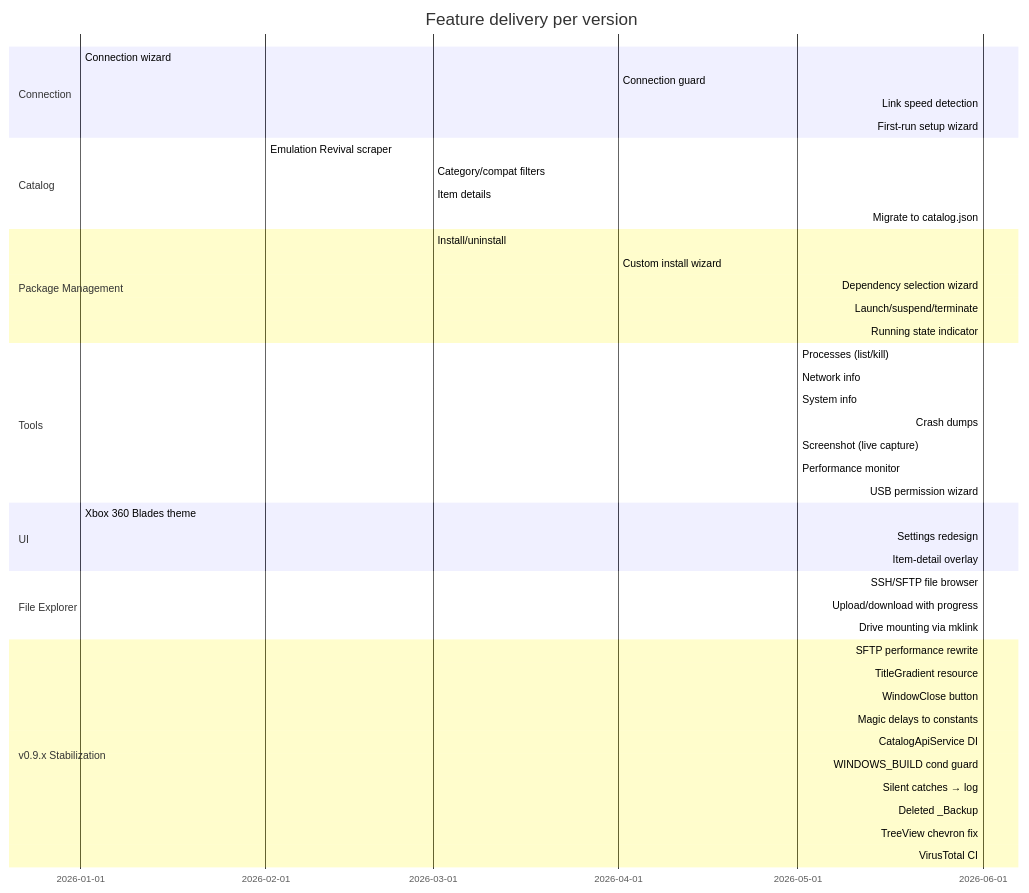
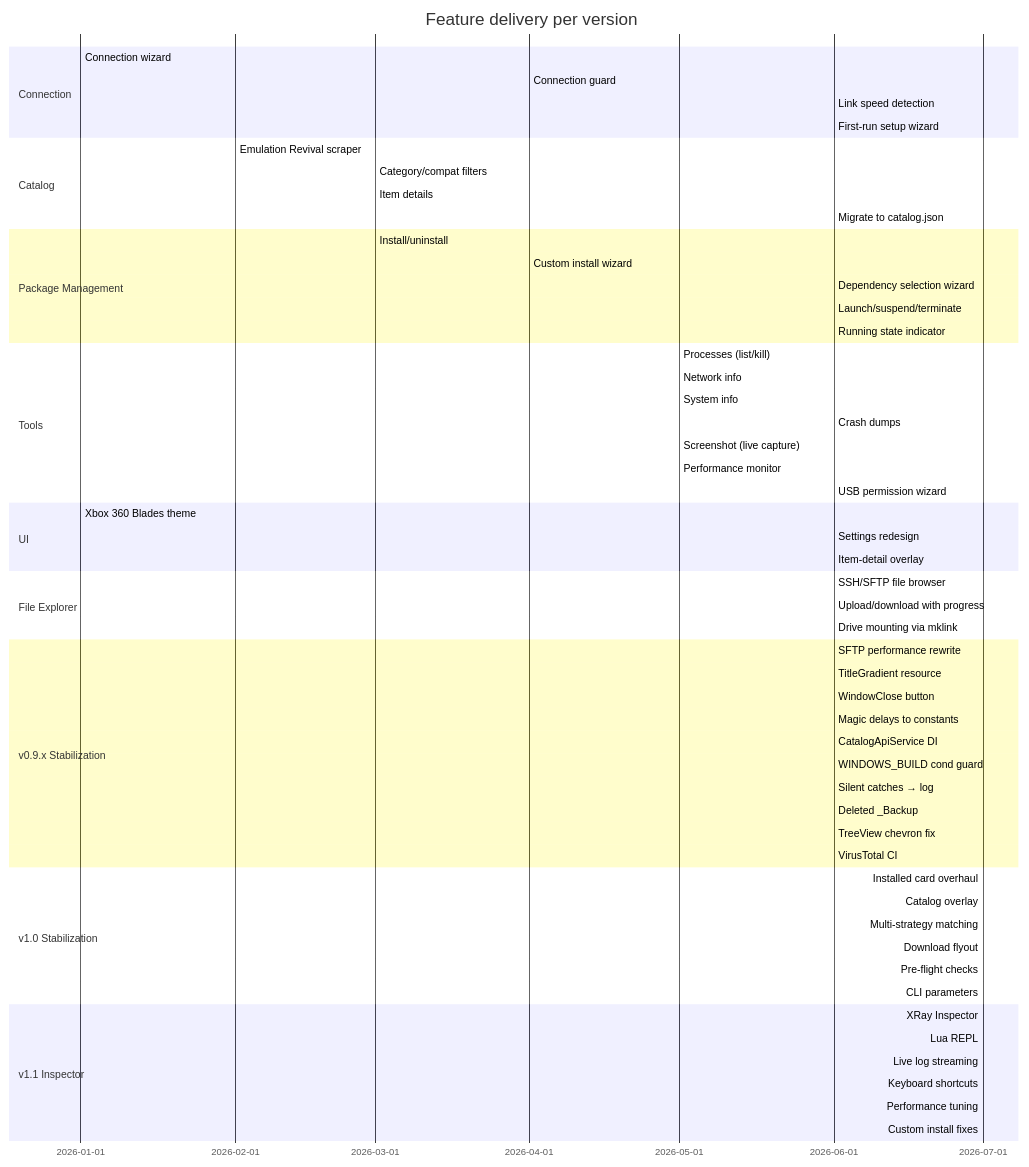
One commit to marcelofrau/xb-homebrew-vault changed the second of 3 diagrams in docs/roadmap.md. Above: the diagram before and after it, drawn with Mermaid. The commit also changed other lines of this file and 6 other files, not shown here.

First line of the commit message:
release: v1.1.0 — XRay Inspector, bug fixes, docs update

````diff
--- a/docs/roadmap.md
+++ b/docs/roadmap.md
@@ -59,48 +65,62 @@
 ```mermaid
 gantt
     title Feature delivery per version
     dateFormat  YYYY-MM-DD
     section Connection
     Connection wizard            :done, 2026-01, 2026-02
     Connection guard             :done, 2026-04, 2026-04
     Link speed detection         :done, 2026-06, 2026-06
     First-run setup wizard       :done, 2026-06, 2026-06
     section Catalog
     Emulation Revival scraper    :done, 2026-02, 2026-03
     Category/compat filters      :done, 2026-03, 2026-03
     Item details                 :done, 2026-03, 2026-03
     Migrate to catalog.json      :done, 2026-06, 2026-06
     section Package Management
     Install/uninstall            :done, 2026-03, 2026-04
     Custom install wizard        :done, 2026-04, 2026-05
     Dependency selection wizard  :done, 2026-06, 2026-06
     Launch/suspend/terminate     :done, 2026-06, 2026-06
     Running state indicator      :done, 2026-06, 2026-06
     section Tools
     Processes (list/kill)        :done, 2026-05, 2026-06
     Network info                 :done, 2026-05, 2026-06
     System info                  :done, 2026-05, 2026-06
     Crash dumps                  :done, 2026-06, 2026-06
     Screenshot (live capture)    :done, 2026-05, 2026-06
     Performance monitor          :done, 2026-05, 2026-06
     USB permission wizard        :done, 2026-06, 2026-06
     section UI
     Xbox 360 Blades theme        :done, 2026-01, 2026-01
     Settings redesign            :done, 2026-06, 2026-06
     Item-detail overlay          :done, 2026-06, 2026-06
     section File Explorer
     SSH/SFTP file browser        :done, 2026-06, 2026-06
     Upload/download with progress:done, 2026-06, 2026-06
     Drive mounting via mklink    :done, 2026-06, 2026-06
     section v0.9.x Stabilization
     SFTP performance rewrite     :done, 2026-06, 2026-06
     TitleGradient resource       :done, 2026-06, 2026-06
     WindowClose button           :done, 2026-06, 2026-06
     Magic delays to constants    :done, 2026-06, 2026-06
     CatalogApiService DI         :done, 2026-06, 2026-06
     WINDOWS_BUILD cond guard     :done, 2026-06, 2026-06
     Silent catches → log         :done, 2026-06, 2026-06
     Deleted _Backup              :done, 2026-06, 2026-06
     TreeView chevron fix         :done, 2026-06, 2026-06
     VirusTotal CI                :done, 2026-06, 2026-06
+    section v1.0 Stabilization
+    Installed card overhaul      :done, 2026-07, 2026-07
+    Catalog overlay              :done, 2026-07, 2026-07
+    Multi-strategy matching      :done, 2026-07, 2026-07
+    Download flyout              :done, 2026-07, 2026-07
+    Pre-flight checks            :done, 2026-07, 2026-07
+    CLI parameters               :done, 2026-07, 2026-07
+    section v1.1 Inspector
+    XRay Inspector               :done, 2026-07, 2026-07
+    Lua REPL                     :done, 2026-07, 2026-07
+    Live log streaming           :done, 2026-07, 2026-07
+    Keyboard shortcuts           :done, 2026-07, 2026-07
+    Performance tuning           :done, 2026-07, 2026-07
+    Custom install fixes         :done, 2026-07, 2026-07
 ```
````
